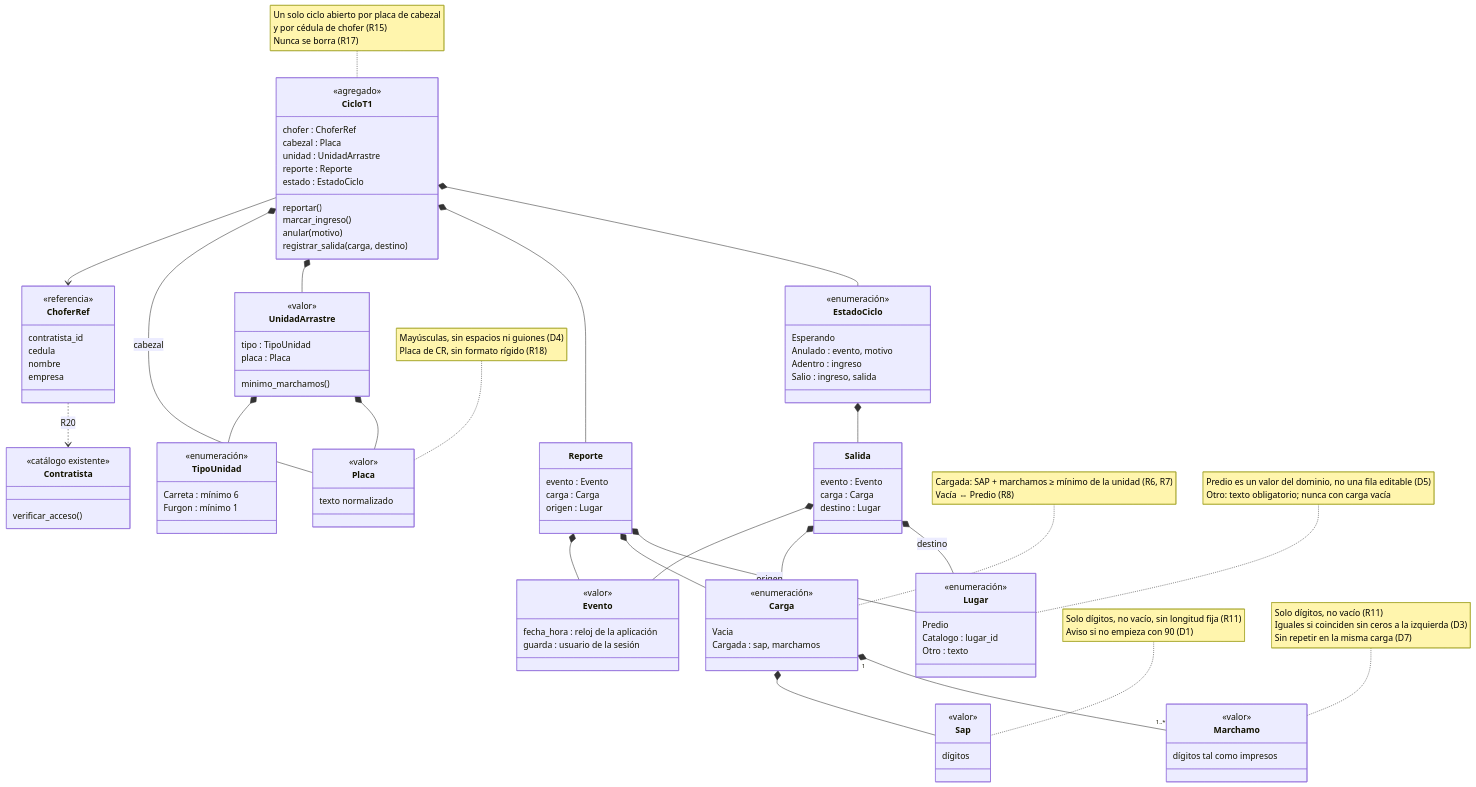
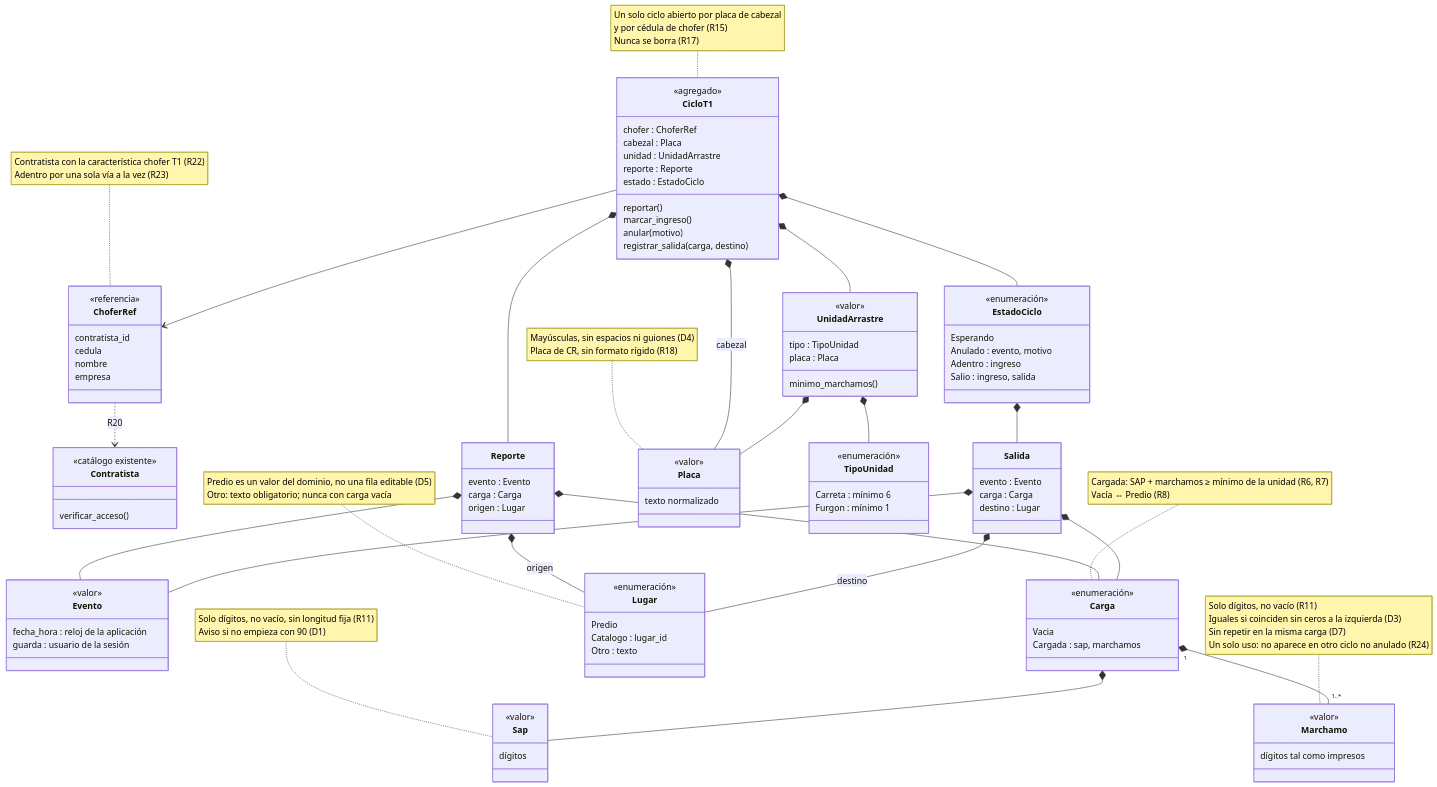
One commit to DQM27/acceso_CLI changed the third of 5 diagrams in docs/features-futuras/plan-control-t1.md. Above: the diagram before and after it, drawn with Mermaid. The commit also changed other lines of this file, not shown here.

First line of the commit message:
docs(t1): característica chofer T1, una sola vía y marchamo de un solo uso

````diff
--- a/docs/features-futuras/plan-control-t1.md
+++ b/docs/features-futuras/plan-control-t1.md
@@ -407,9 +419,10 @@
     Carga "1" *-- "1..*" Marchamo
 
     note for CicloT1 "Un solo ciclo abierto por placa de cabezal<br>y por cédula de chofer (R15)<br>Nunca se borra (R17)"
+    note for ChoferRef "Contratista con la característica chofer T1 (R22)<br>Adentro por una sola vía a la vez (R23)"
     note for Placa "Mayúsculas, sin espacios ni guiones (D4)<br>Placa de CR, sin formato rígido (R18)"
     note for Carga "Cargada: SAP + marchamos ≥ mínimo de la unidad (R6, R7)<br>Vacía ⇔ Predio (R8)"
     note for Sap "Solo dígitos, no vacío, sin longitud fija (R11)<br>Aviso si no empieza con 90 (D1)"
-    note for Marchamo "Solo dígitos, no vacío (R11)<br>Iguales si coinciden sin ceros a la izquierda (D3)<br>Sin repetir en la misma carga (D7)"
+    note for Marchamo "Solo dígitos, no vacío (R11)<br>Iguales si coinciden sin ceros a la izquierda (D3)<br>Sin repetir en la misma carga (D7)<br>Un solo uso: no aparece en otro ciclo no anulado (R24)"
     note for Lugar "Predio es un valor del dominio, no una fila editable (D5)<br>Otro: texto obligatorio; nunca con carga vacía"
 ```
````
